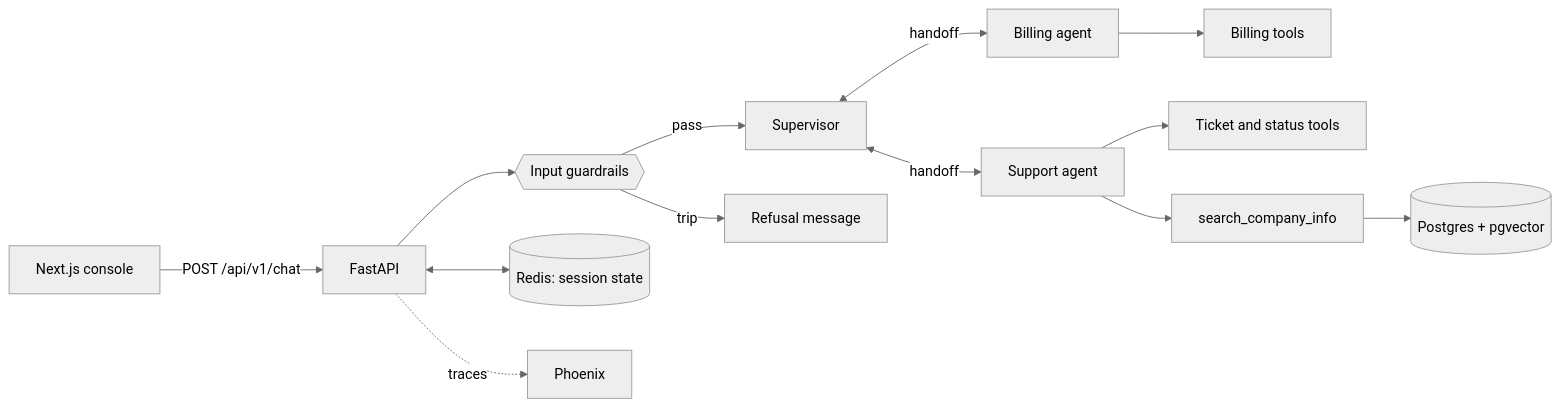
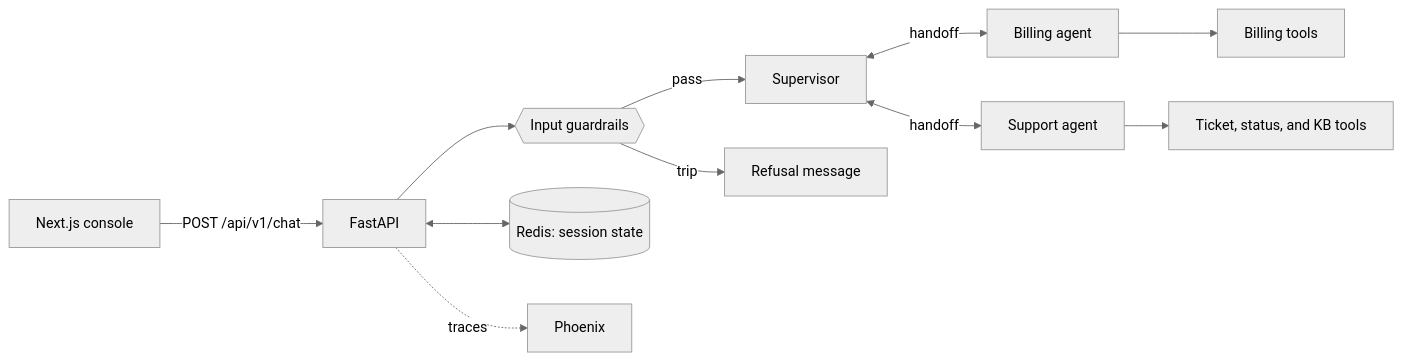
The diagram in README.md (aidaploco/customer-service-agent), drawn with Mermaid (neutral theme) before and after one commit. The commit also changed other lines of this file, not shown here.

First line of the commit message:
README: describe the RAG pipeline as not attached to an agent

````diff
--- a/README.md
+++ b/README.md
@@ -9,15 +9,13 @@
 ```mermaid
 flowchart LR
     UI[Next.js console] -->|POST /api/v1/chat| API[FastAPI]
     API --> G{{Input guardrails}}
     G -->|pass| S[Supervisor]
     G -->|trip| R[Refusal message]
     S <-->|handoff| B[Billing agent]
     S <-->|handoff| SP[Support agent]
     B --> BT[Billing tools]
-    SP --> ST[Ticket and status tools]
-    SP --> RAG[search_company_info]
-    RAG --> PG[(Postgres + pgvector)]
+    SP --> ST[Ticket, status, and KB tools]
     API <--> RD[(Redis: session state)]
     API -.traces.-> PX[Phoenix]
 ```
````
